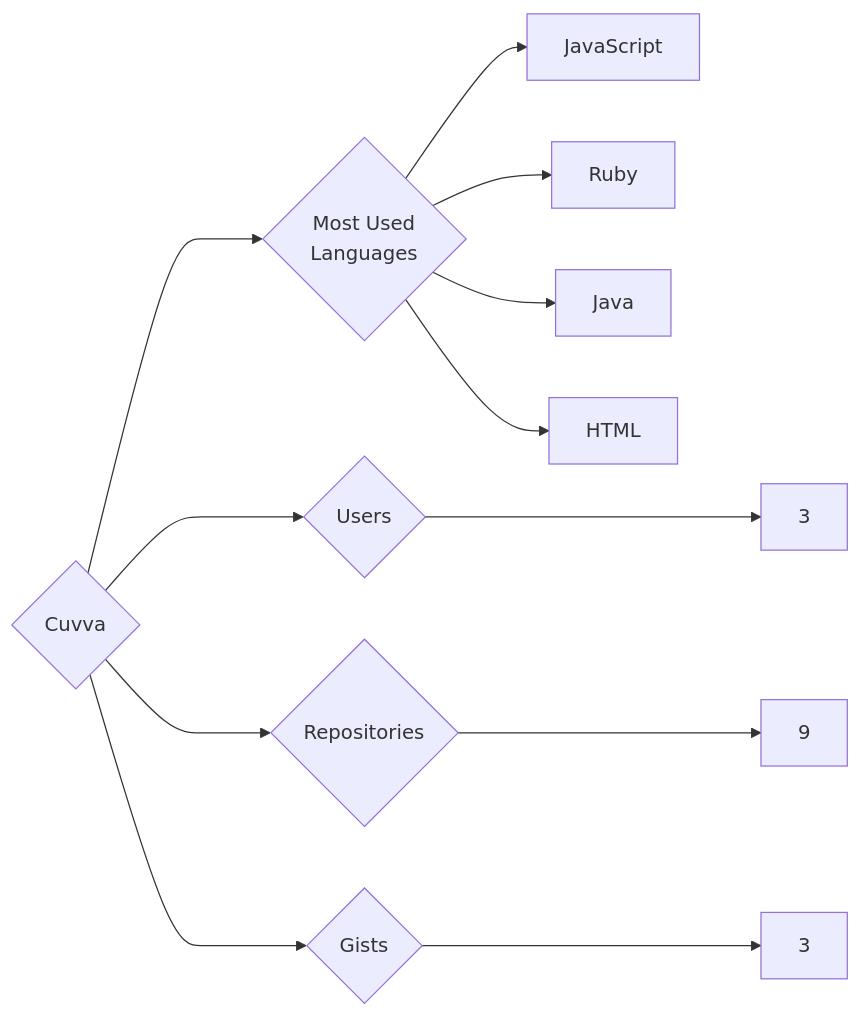
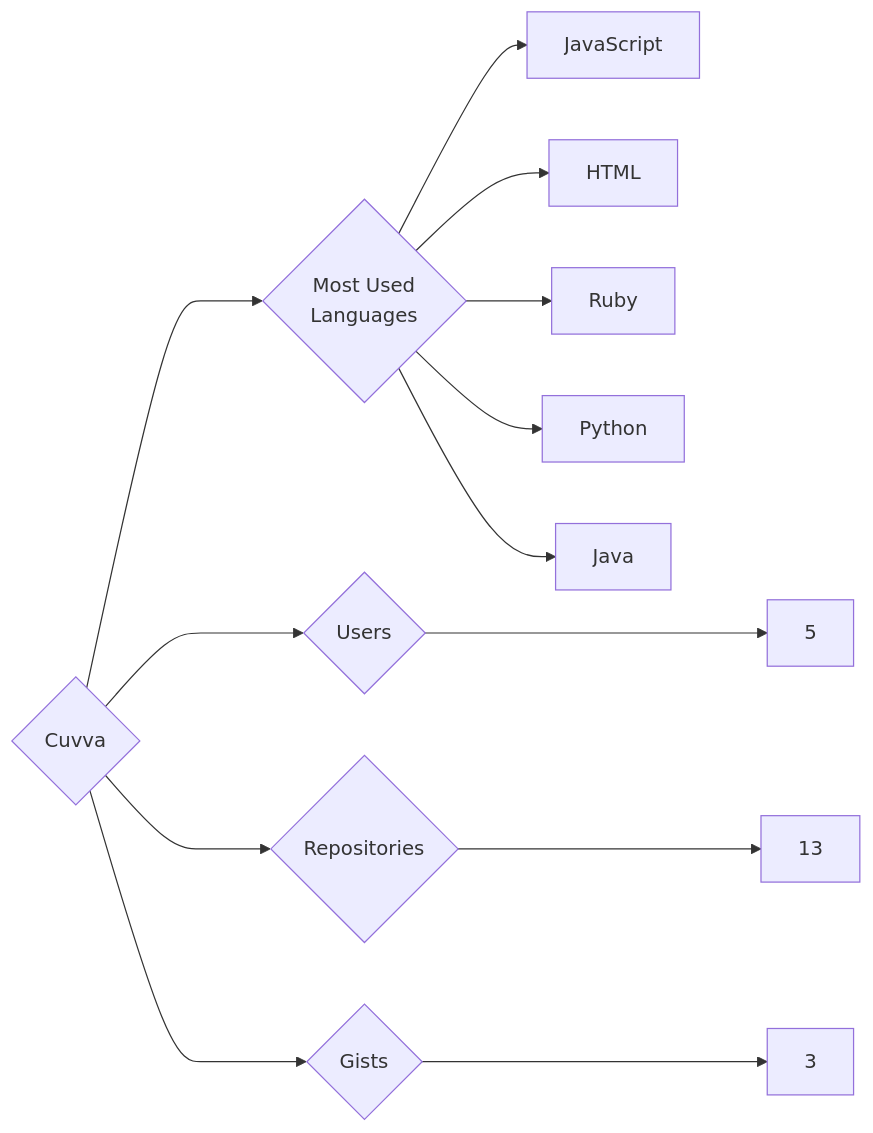
One commit to trickest/insiders changed the diagram in targets/Cuvva/README.md. Above: the diagram before and after it, drawn with Mermaid. The commit also changed 865 other files, not shown here.

````diff
--- a/targets/Cuvva/README.md
+++ b/targets/Cuvva/README.md
@@ -3,12 +3,13 @@
 ```mermaid
 graph LR
 COMPANY_NAME{Cuvva}
-COMPANY_NAME ---> U{Users} ---> UN[3]
-COMPANY_NAME ---> R{Repositories} ---> RN[9]
+COMPANY_NAME ---> U{Users} ---> UN[5]
+COMPANY_NAME ---> R{Repositories} ---> RN[13]
 COMPANY_NAME ---> G{Gists} ---> GN[3]
 COMPANY_NAME ---> ML{Most Used<br>Languages}
 ML --> JavaScript[JavaScript]
+ML --> HTML[HTML]
 ML --> Ruby[Ruby]
+ML --> Python[Python]
 ML --> Java[Java]
-ML --> HTML[HTML]
 ```
````
